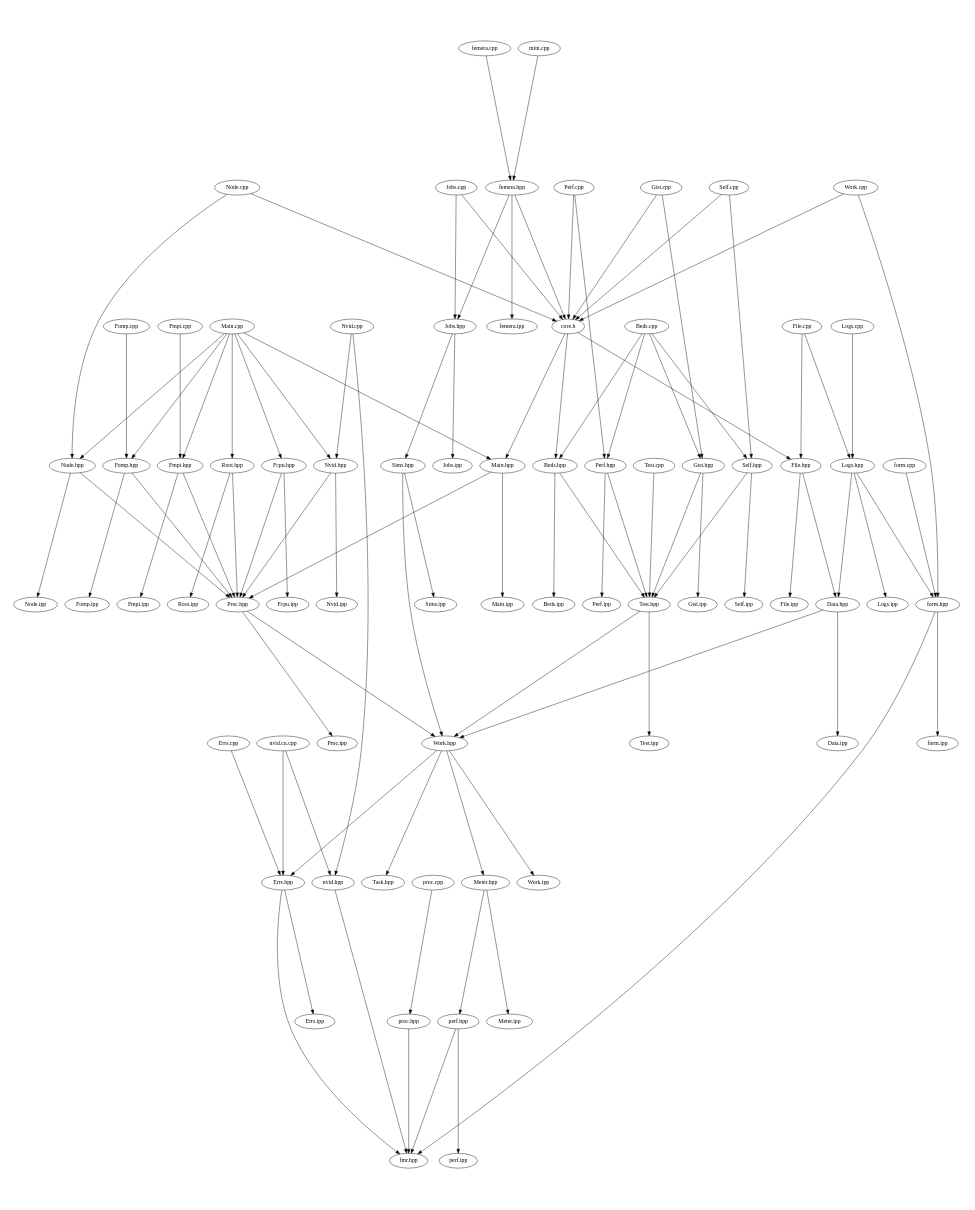
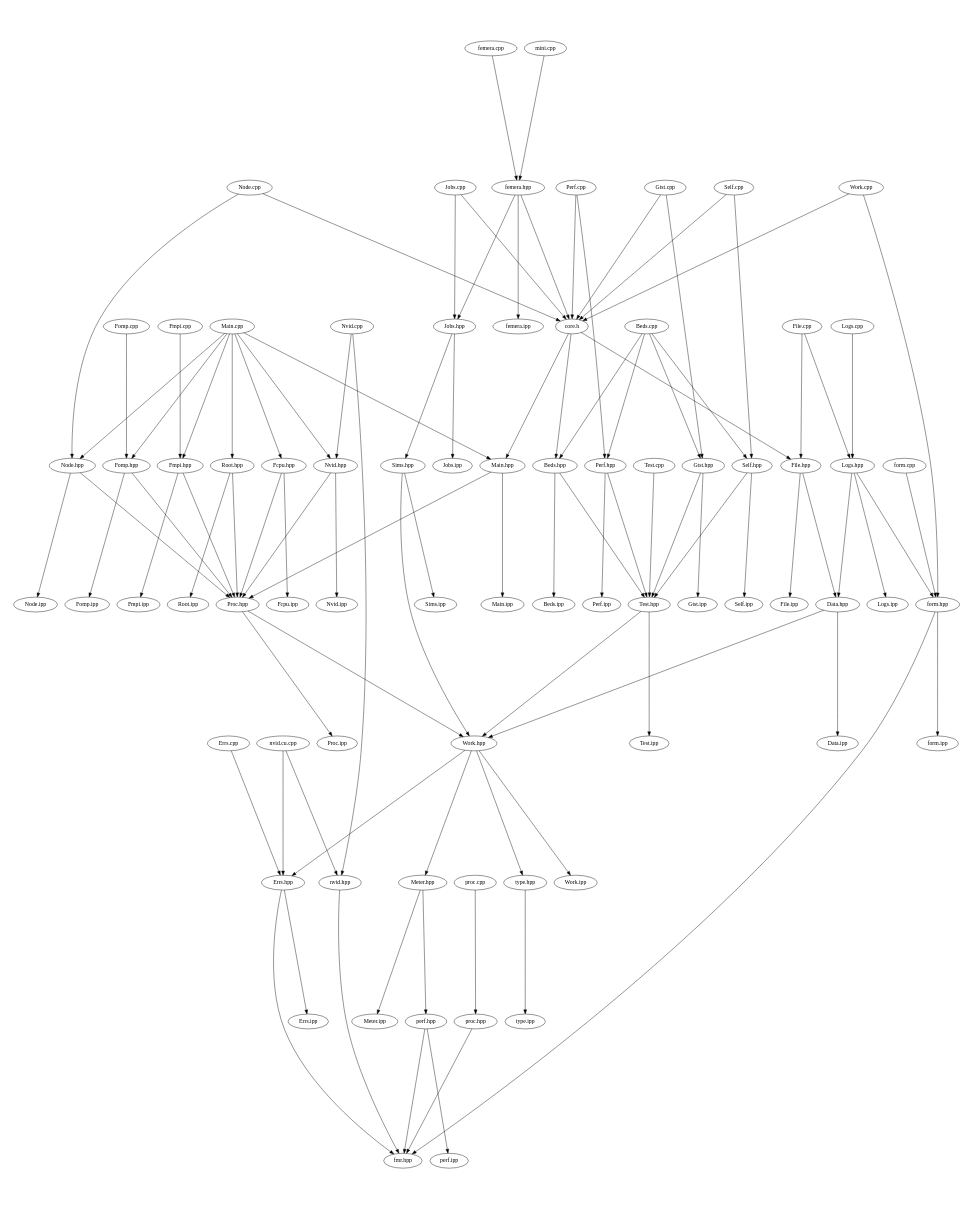
The diagram in src/docs/src-notest.dot (waggyz/femera-mini-app), drawn with Graphviz before and after one commit. The commit also changed 49 other files, not shown here.

```diff
--- a/src/docs/src-notest.dot
+++ b/src/docs/src-notest.dot
@@ -1,103 +1,104 @@
 digraph "source tree" {
     overlap=scale;
     size="8,10";
     ratio="fill";
     fontsize="16";
     fontname="Helvetica";
 	clusterrank="local";
 	"Perf.cpp" -> "core.h"
 	"Gtst.cpp" -> "core.h"
 	"femera.hpp" -> "Jobs.hpp"
 	"Meter.hpp" -> "perf.hpp"
 	"Main.cpp" -> "Fomp.hpp"
 	"Sims.hpp" -> "Work.hpp"
 	"Errs.cpp" -> "Errs.hpp"
 	"femera.cpp" -> "femera.hpp"
 	"Work.hpp" -> "Errs.hpp"
 	"Fmpi.hpp" -> "Fmpi.ipp"
 	"Sims.hpp" -> "Sims.ipp"
 	"Jobs.hpp" -> "Jobs.ipp"
 	"Nvid.hpp" -> "Nvid.ipp"
 	"Fomp.cpp" -> "Fomp.hpp"
 	"Logs.cpp" -> "Logs.hpp"
 	"nvid.cu.cpp" -> "nvid.hpp"
 	"proc.hpp" -> "fmr.hpp"
 	"Nvid.hpp" -> "Proc.hpp"
 	"Root.hpp" -> "Proc.hpp"
 	"Main.cpp" -> "Node.hpp"
 	"Main.cpp" -> "Main.hpp"
 	"Proc.hpp" -> "Proc.ipp"
 	"Perf.hpp" -> "Perf.ipp"
 	"Perf.hpp" -> "Test.hpp"
 	"Beds.cpp" -> "Gtst.hpp"
 	"Node.cpp" -> "Node.hpp"
 	"Main.cpp" -> "Fmpi.hpp"
 	"core.h" -> "Main.hpp"
 	"Main.cpp" -> "Fcpu.hpp"
 	"Work.cpp" -> "core.h"
 	"nvid.hpp" -> "fmr.hpp"
 	"perf.hpp" -> "fmr.hpp"
 	"Beds.cpp" -> "Perf.hpp"
 	"Data.hpp" -> "Data.ipp"
 	"Beds.cpp" -> "Self.hpp"
 	"Work.hpp" -> "Work.ipp"
 	"Fmpi.hpp" -> "Proc.hpp"
 	"Test.hpp" -> "Work.hpp"
 	"Nvid.cpp" -> "nvid.hpp"
 	"Node.hpp" -> "Node.ipp"
 	"form.hpp" -> "form.ipp"
 	"Gtst.cpp" -> "Gtst.hpp"
 	"femera.hpp" -> "femera.ipp"
+	"Work.hpp" -> "type.hpp"
 	"Fcpu.hpp" -> "Proc.hpp"
 	"Fomp.hpp" -> "Proc.hpp"
 	"File.hpp" -> "File.ipp"
 	"Self.cpp" -> "core.h"
-	"Work.hpp" -> "Task.hpp"
 	"Main.cpp" -> "Nvid.hpp"
 	"Meter.hpp" -> "Meter.ipp"
 	"core.h" -> "File.hpp"
 	"Fomp.hpp" -> "Fomp.ipp"
 	"Logs.hpp" -> "Data.hpp"
 	"Gtst.hpp" -> "Gtst.ipp"
+	"type.hpp" -> "type.ipp"
 	"Perf.cpp" -> "Perf.hpp"
 	"form.cpp" -> "form.hpp"
 	"File.cpp" -> "File.hpp"
 	"Self.hpp" -> "Test.hpp"
 	"perf.hpp" -> "perf.ipp"
 	"proc.cpp" -> "proc.hpp"
 	"Self.hpp" -> "Self.ipp"
 	"Node.cpp" -> "core.h"
 	"Fmpi.cpp" -> "Fmpi.hpp"
 	"File.cpp" -> "Logs.hpp"
 	"core.h" -> "Beds.hpp"
 	"Errs.hpp" -> "fmr.hpp"
 	"Fcpu.hpp" -> "Fcpu.ipp"
 	"Root.hpp" -> "Root.ipp"
 	"Errs.hpp" -> "Errs.ipp"
 	"Main.hpp" -> "Main.ipp"
 	"Test.cpp" -> "Test.hpp"
 	"nvid.cu.cpp" -> "Errs.hpp"
 	"Beds.cpp" -> "Beds.hpp"
 	"Node.hpp" -> "Proc.hpp"
 	"Main.cpp" -> "Root.hpp"
 	"Jobs.hpp" -> "Sims.hpp"
 	"Jobs.cpp" -> "Jobs.hpp"
 	"Logs.hpp" -> "Logs.ipp"
 	"Self.cpp" -> "Self.hpp"
 	"File.hpp" -> "Data.hpp"
 	"mini.cpp" -> "femera.hpp"
 	"Work.cpp" -> "form.hpp"
 	"Beds.hpp" -> "Test.hpp"
 	"Proc.hpp" -> "Work.hpp"
 	"form.hpp" -> "fmr.hpp"
 	"Gtst.hpp" -> "Test.hpp"
 	"Data.hpp" -> "Work.hpp"
 	"Nvid.cpp" -> "Nvid.hpp"
 	"Beds.hpp" -> "Beds.ipp"
 	"femera.hpp" -> "core.h"
 	"Jobs.cpp" -> "core.h"
 	"Work.hpp" -> "Meter.hpp"
 	"Logs.hpp" -> "form.hpp"
 	"Main.hpp" -> "Proc.hpp"
 	"Test.hpp" -> "Test.ipp"
 }
```
